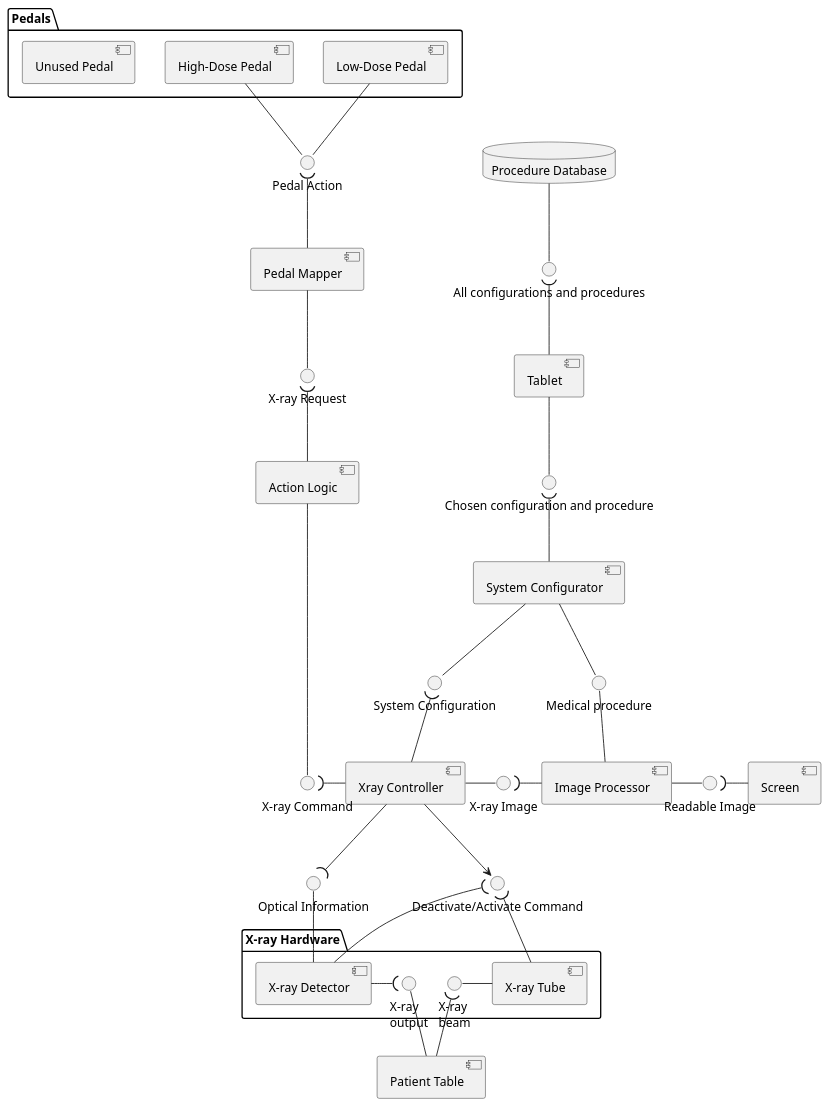
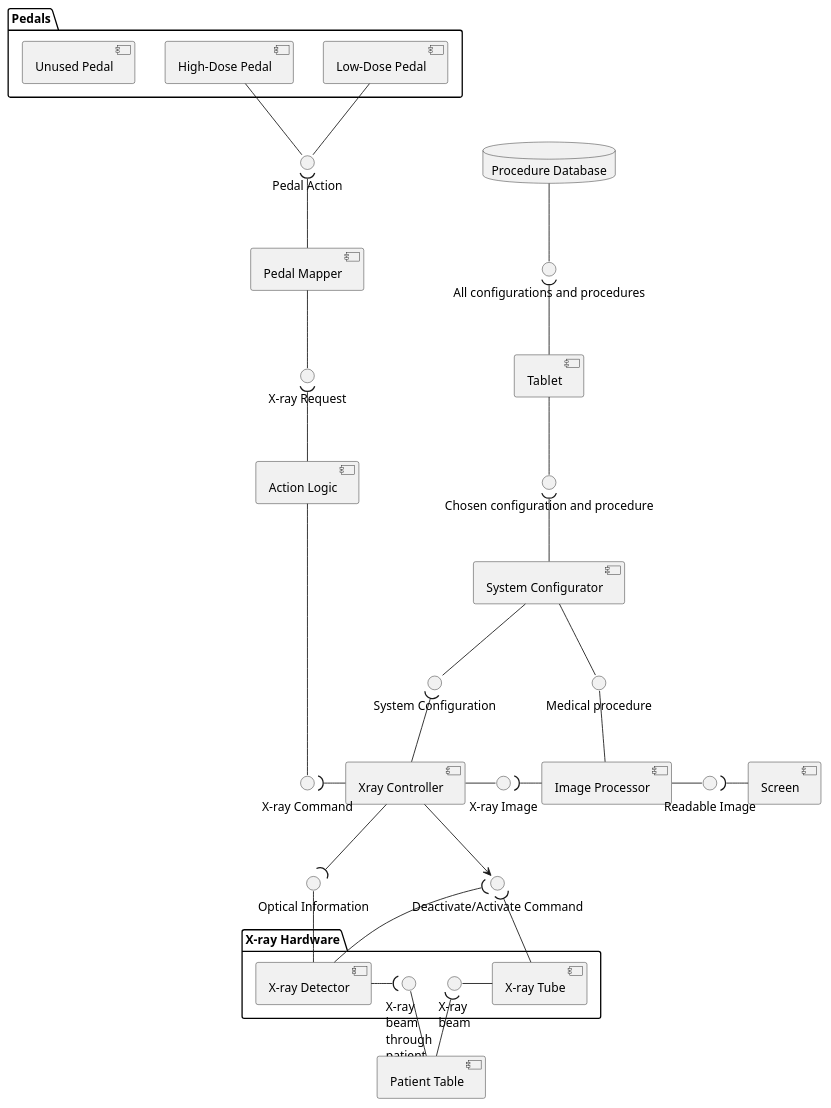
The diagram in component/src.puml (JCLLi/Software-System-Traning), drawn with PlantUML before and after one commit. The commit also changed 1 other file, not shown here.

```diff
--- a/component/src.puml
+++ b/component/src.puml
@@ -1,79 +1,78 @@
 @startuml
 top to bottom direction
 component "Patient Table" as pt
 
 package Pedals{
 component "Low-Dose Pedal" as p1
 component "High-Dose Pedal" as p2
 component "Unused Pedal" as p3
 }
 
 package "X-ray Hardware"{
 component "X-ray Tube" as xt
 component "X-ray Detector" as xd
 
-interface "X-ray \nbeam" as Xray1
-interface "X-ray \noutput" as Xray2
+interface "X-ray\nbeam" as Xray1
+interface "X-ray\nbeam\nthrough\npatient" as Xray2
 }
 
 component Screen as scr
 component Tablet as ta
 
 component "Pedal Mapper" as pm
 component "Action Logic" as al
 component "Xray Controller" as xc
 component "Image Processor" as ip
 component "System Configurator" as sc
 database "Procedure Database" as pd
-
 
 
 interface "Optical Information" as xi
 interface "Pedal Action" as pa
 interface "X-ray Request" as xr
 interface "X-ray Command" as xcm
 interface "Deactivate/Activate Command" as dac
 interface "X-ray Image" as xg
 interface "Readable Image" as ri
 interface "All configurations and procedures" as acas
 interface "Chosen configuration and procedure" as ccas
 interface "System Configuration" as syco
 interface "Medical procedure" as mp
 
 xt -left- Xray1
 Xray1 )-down- pt
 
 pt -left- Xray2
 Xray2 )-left- xd
 xd -up- xi
 
 
 p1 -down- pa
 p2 -down- pa
 
 pa )-down- pm
 pm -down- xr
 xr )-down- al
 al --down-- xcm
 xcm )-right- xc
 
 xc -down-> dac
 dac )-down- xt
 dac )-down- xd
 xi )-up- xc
 
 xc - xg
 xg )- ip
 ip - ri
 ri )-right- scr
 
 pd -down- acas
 acas )-down- ta
 ta -down- ccas
 ccas )-down- sc
 
 sc -down- syco
 sc -down- mp
 syco )-down- xc
 mp -down- ip
 @enduml
```
